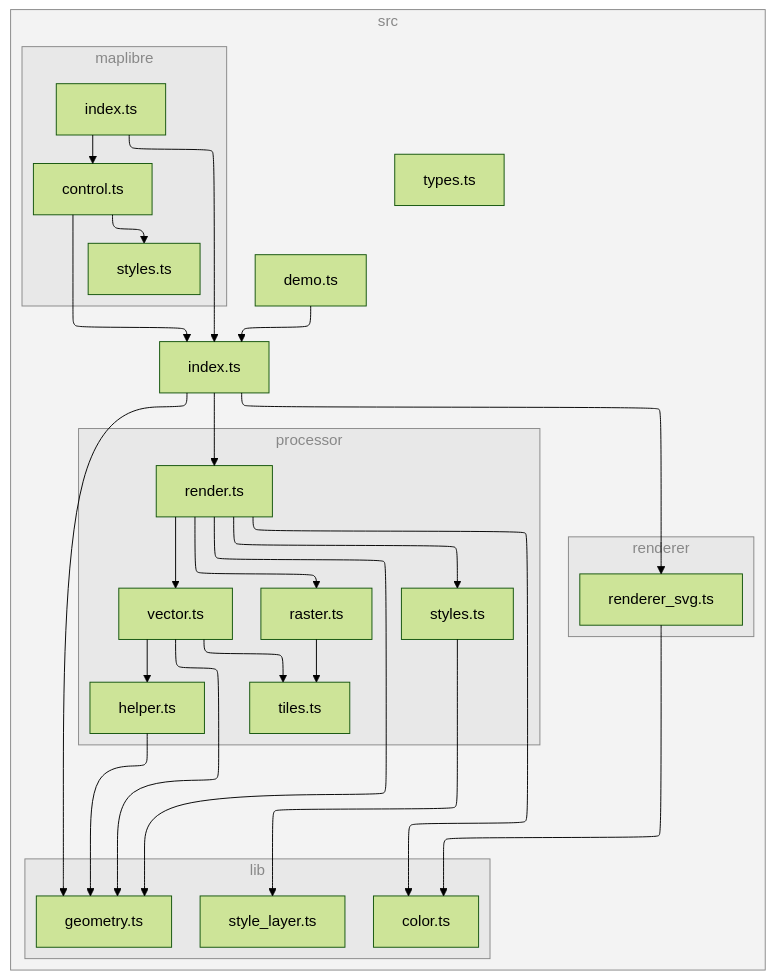
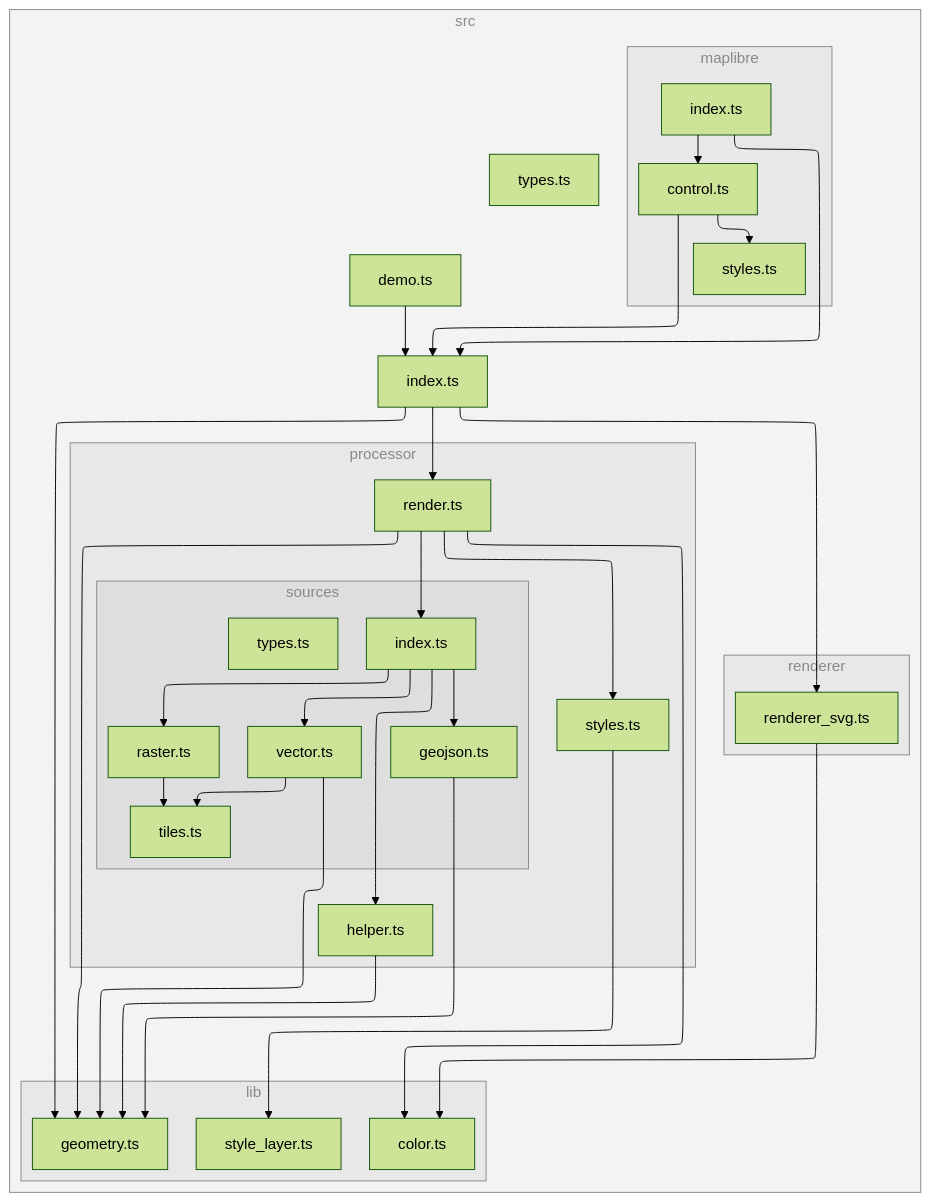
Before and after one commit to versatiles-org/versatiles-renderer: the diagram in README.md, drawn with Mermaid (forest theme). The commit also changed other lines of this file and 8 other files, not shown here.

````diff
--- a/README.md
+++ b/README.md
@@ -126,57 +126,65 @@
 ```mermaid
 ---
 config:
   layout: elk
 ---
 flowchart TB
 
 subgraph 0["src"]
 1["demo.ts"]
 2["index.ts"]
 subgraph 3["lib"]
 4["geometry.ts"]
 7["color.ts"]
-B["style_layer.ts"]
+G["style_layer.ts"]
 end
 subgraph 5["processor"]
 6["render.ts"]
-8["raster.ts"]
-9["tiles.ts"]
-A["styles.ts"]
-C["vector.ts"]
-D["helper.ts"]
+subgraph 8["sources"]
+9["index.ts"]
+B["geojson.ts"]
+C["raster.ts"]
+D["tiles.ts"]
+E["vector.ts"]
+N["types.ts"]
 end
-subgraph E["renderer"]
-F["renderer_svg.ts"]
+A["helper.ts"]
+F["styles.ts"]
 end
-subgraph G["maplibre"]
-H["control.ts"]
-I["styles.ts"]
-J["index.ts"]
+subgraph H["renderer"]
+I["renderer_svg.ts"]
 end
-K["types.ts"]
+subgraph J["maplibre"]
+K["control.ts"]
+L["styles.ts"]
+M["index.ts"]
+end
+O["types.ts"]
 end
 1-->2
 2-->4
 2-->6
-2-->F
+2-->I
 6-->7
 6-->4
-6-->8
-6-->A
-6-->C
-8-->9
-A-->B
-C-->4
+6-->9
+6-->F
+9-->A
+9-->B
+9-->C
+9-->E
+A-->4
+B-->4
 C-->D
-C-->9
-D-->4
-F-->7
-H-->2
-H-->I
-J-->2
-J-->H
+E-->4
+E-->D
+F-->G
+I-->7
+K-->2
+K-->L
+M-->2
+M-->K
 
-class 0,3,5,E,G subgraphs;
+class 0,3,5,8,H,J subgraphs;
 classDef subgraphs fill-opacity:0.1, fill:#888, color:#888, stroke:#888;
 ```
````
